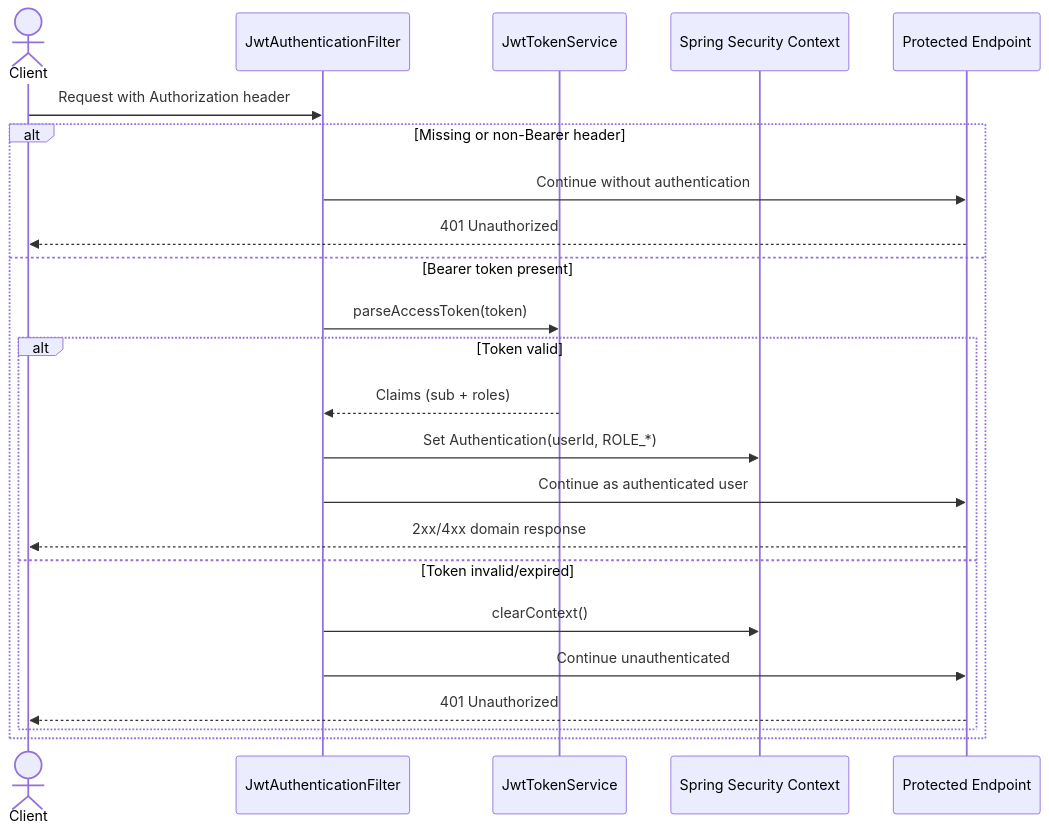
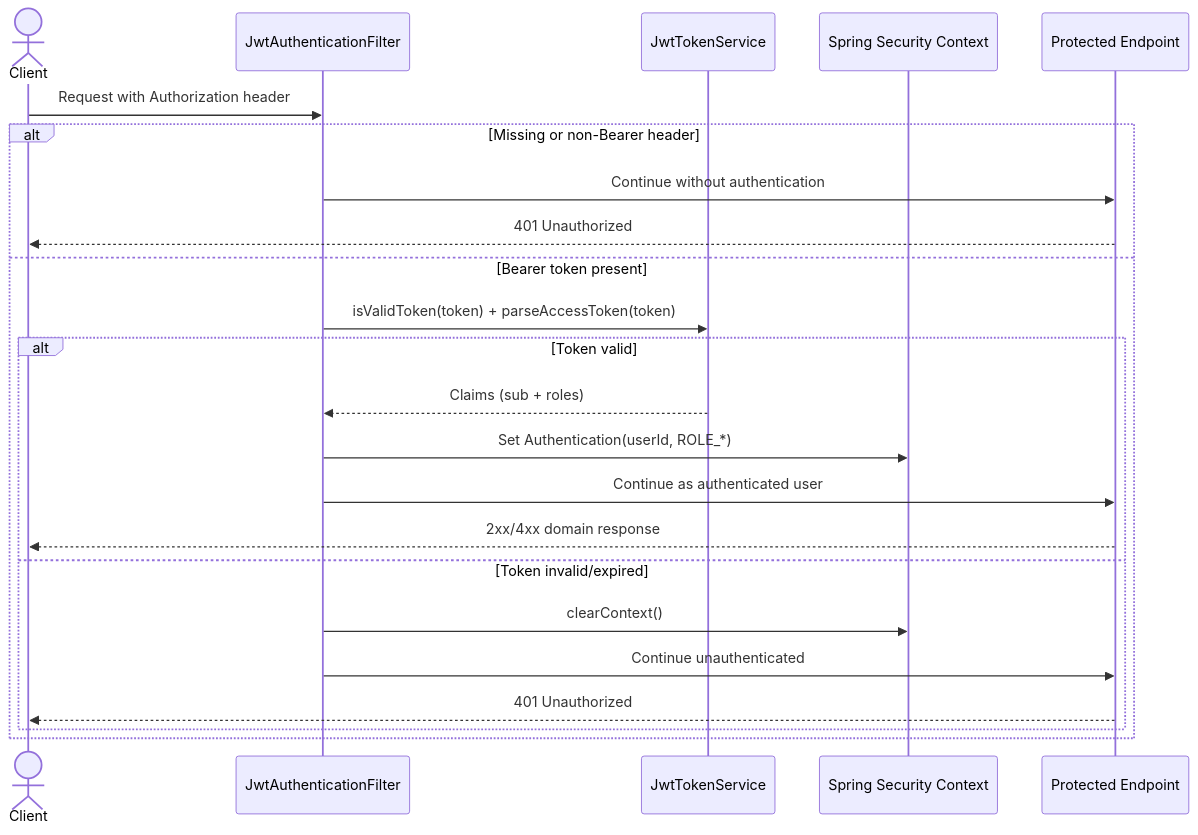
One commit to AnonimProgrammer/rentra-api changed the second of 2 diagrams in docs/security-and-auth-flow.md. Above: the diagram before and after it, drawn with Mermaid. The commit also changed other lines of this file, not shown here.

Commit message:
docs: Security and Auth flow is updated with new Provider details.

````diff
--- a/docs/security-and-auth-flow.md
+++ b/docs/security-and-auth-flow.md
@@ -81,26 +91,26 @@
 ```mermaid
 sequenceDiagram
     actor Client
     participant Filter as JwtAuthenticationFilter
     participant JWT as JwtTokenService
     participant SC as Spring Security Context
     participant Endpoint as Protected Endpoint
 
     Client->>Filter: Request with Authorization header
     alt Missing or non-Bearer header
         Filter->>Endpoint: Continue without authentication
         Endpoint-->>Client: 401 Unauthorized
     else Bearer token present
-        Filter->>JWT: parseAccessToken(token)
+        Filter->>JWT: isValidToken(token) + parseAccessToken(token)
         alt Token valid
             JWT-->>Filter: Claims (sub + roles)
             Filter->>SC: Set Authentication(userId, ROLE_*)
             Filter->>Endpoint: Continue as authenticated user
             Endpoint-->>Client: 2xx/4xx domain response
         else Token invalid/expired
             Filter->>SC: clearContext()
             Filter->>Endpoint: Continue unauthenticated
             Endpoint-->>Client: 401 Unauthorized
         end
     end
 ```
````
